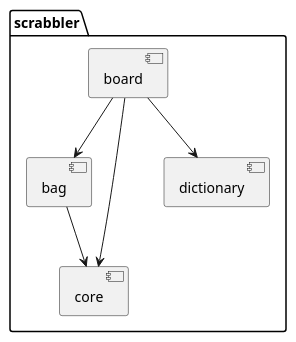
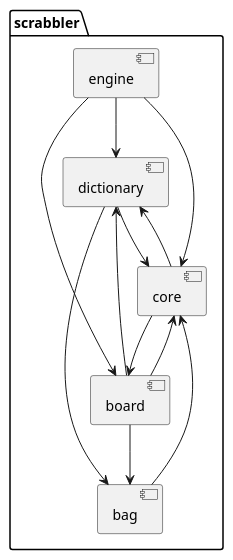
The diagram in docs/components.puml (tizianolattisi/scrabbler), drawn with PlantUML before and after one commit.

Commit message:
New horrific puml.

```diff
--- a/docs/components.puml
+++ b/docs/components.puml
@@ -1,14 +1,16 @@
 @startuml
 
 package "scrabbler" {
-
+[engine] --> [dictionary]
+[engine] --> [board]
+[engine] --> [core]
+[dictionary] --> [bag]
+[dictionary] --> [core]
+[core] --> [board]
+[core] --> [dictionary]
+[board] --> [bag]
+[board] --> [core]
+[board] --> [dictionary]
 [bag] --> [core]
-
-[board] --> [core]
-[board] --> [bag]
-[board] --> [dictionary]
 }
-
-
-
 @enduml
```
